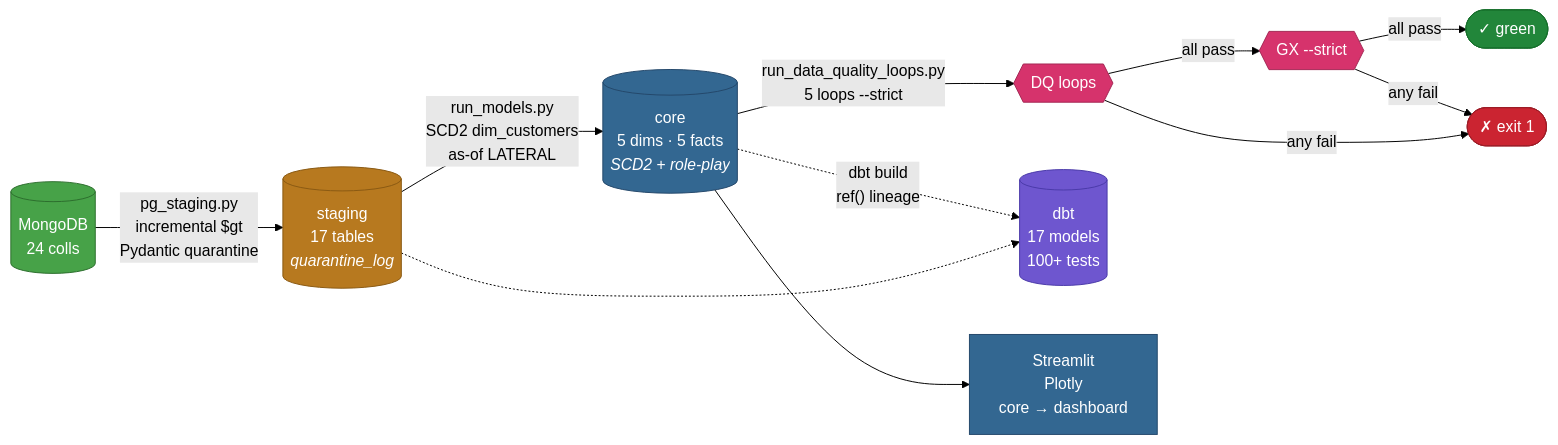
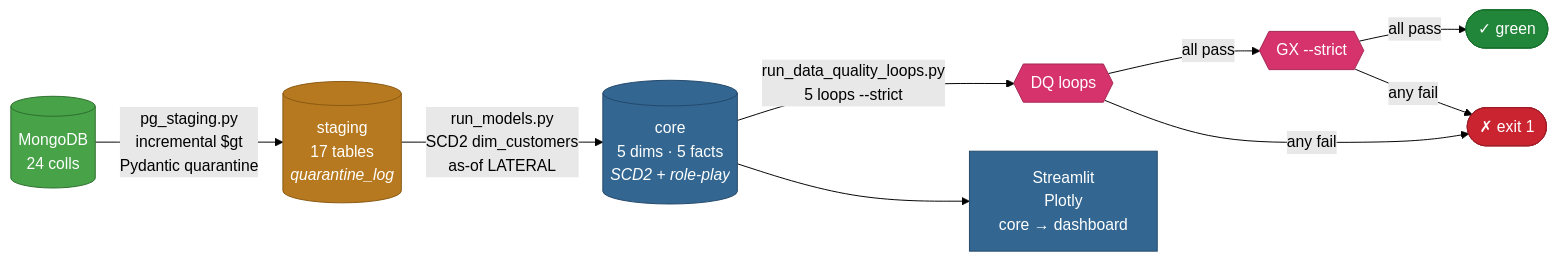
The diagram in README.md (Nitinx12/Data-Modelling), drawn with Mermaid (forest theme) before and after one commit. The commit also changed other lines of this file and 42 other files, not shown here.

````diff
--- a/README.md
+++ b/README.md
@@ -51,29 +50,25 @@
 ```mermaid
 flowchart LR
     M[("MongoDB<br/>24 colls")] -->|"pg_staging.py<br/>incremental $gt<br/>Pydantic quarantine"| S[("staging<br/>17 tables<br/><i>quarantine_log</i>")]
     S -->|"run_models.py<br/>SCD2 dim_customers<br/>as-of LATERAL"| C[("core<br/>5 dims · 5 facts<br/><i>SCD2 + role-play</i>")]
     C -->|"run_data_quality_loops.py<br/>5 loops --strict"| Q{{"DQ loops"}}
     Q -->|"all pass"| G{{"GX --strict"}}
     G -->|"all pass"| OK(["✓ green"])
     G -->|"any fail"| FAIL(["✗ exit 1"])
     Q -->|"any fail"| FAIL
-    C -.->|"dbt build<br/>ref() lineage"| DBT[("dbt<br/>17 models<br/>100+ tests")]
-    S -.-> DBT
     C --> DASH["Streamlit<br/>Plotly<br/>core → dashboard"]
 
     classDef src fill:#47A248,stroke:#2d6e2e,color:#fff
     classDef stg fill:#B7791F,stroke:#8a5a13,color:#fff
     classDef core fill:#336791,stroke:#24486b,color:#fff
     classDef dq fill:#D6336C,stroke:#a32653,color:#fff
     classDef ok fill:#22863A,stroke:#176f2c,color:#fff
     classDef bad fill:#CB2431,stroke:#9d1c26,color:#fff
-    classDef alt fill:#6E56CF,stroke:#4a3aa8,color:#fff
     class M src
     class S stg
     class C core
     class DASH core
     class Q,G dq
     class OK ok
     class FAIL bad
-    class DBT alt
 ```
````
